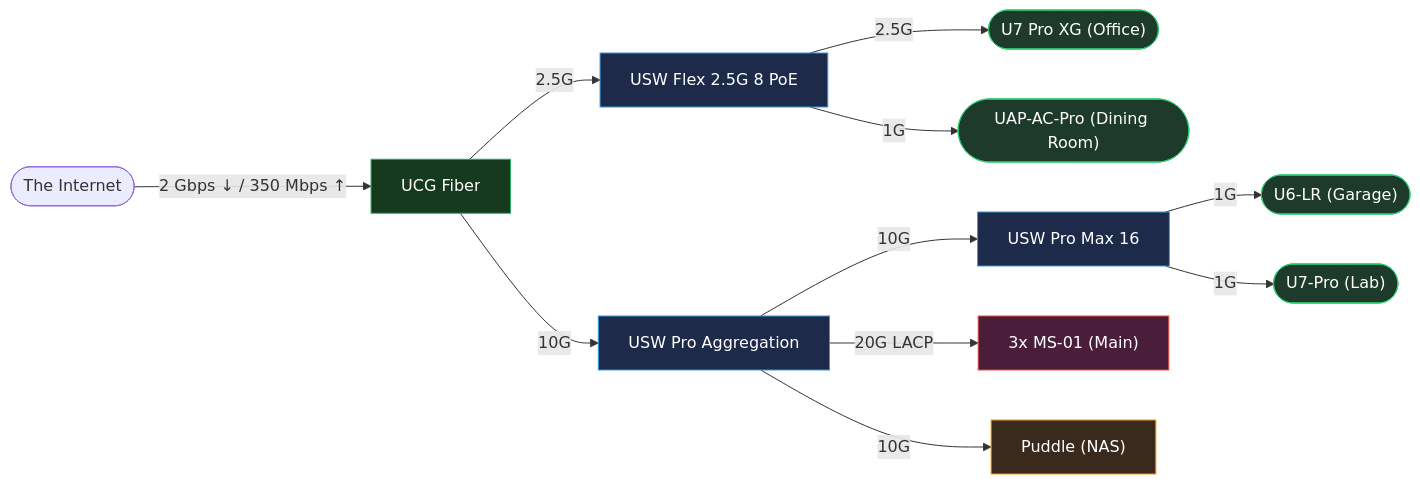
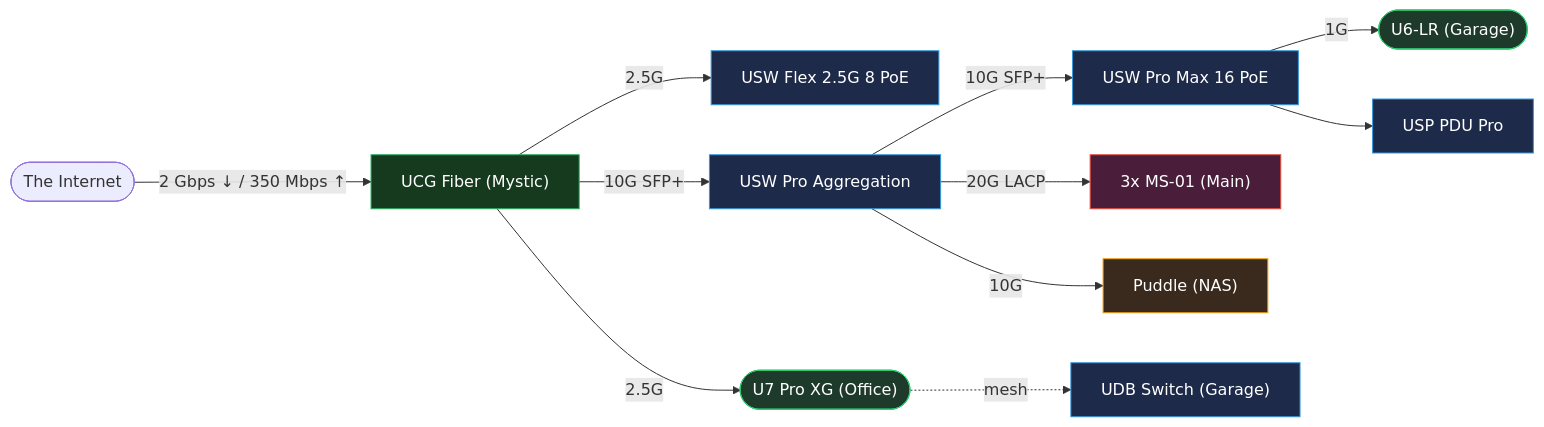
The diagram in README.md (waifulabs/infrastructure), drawn with Mermaid before and after one commit. The commit also changed other lines of this file, not shown here.

````diff
--- a/README.md
+++ b/README.md
@@ -82,24 +82,25 @@
 ```mermaid
 flowchart LR
     classDef gateway fill:#163a1e,stroke:#27ae60,color:#fff
     classDef switch fill:#1e2a4a,stroke:#3498db,color:#fff
     classDef compute fill:#4a1e3a,stroke:#e74c3c,color:#fff
     classDef storage fill:#3a2a1e,stroke:#f39c12,color:#fff
     classDef ap fill:#1e3a2a,stroke:#2ecc71,color:#fff
 
     Internet(["The Internet"])
 
-    Internet -- "2 Gbps ↓ / 350 Mbps ↑" --> UCG["UCG Fiber"]:::gateway
+    Internet -- "2 Gbps ↓ / 350 Mbps ↑" --> UCG["UCG Fiber (Mystic)"]:::gateway
+
     UCG -- 2.5G --> FLEX["USW Flex 2.5G 8 PoE"]:::switch
-    UCG -- 10G --> AGG["USW Pro Aggregation"]:::switch
+    UCG -- 2.5G --> U7XG(["U7 Pro XG (Office)"]):::ap
+    UCG -- 10G SFP+ --> AGG["USW Pro Aggregation"]:::switch
 
-    FLEX -- 2.5G --> U7XG(["U7 Pro XG (Office)"]):::ap
-    FLEX -- 1G --> UAPAC(["UAP-AC-Pro (Dining Room)"]):::ap
-
-    AGG -- 10G --> MAX["USW Pro Max 16"]:::switch
+    AGG -- 10G SFP+ --> MAX["USW Pro Max 16 PoE"]:::switch
     AGG -- 20G LACP --> MS01["3x MS-01 (Main)"]:::compute
     AGG -- 10G --> PUDDLE["Puddle (NAS)"]:::storage
 
     MAX -- 1G --> U6LR(["U6-LR (Garage)"]):::ap
-    MAX -- 1G --> U7PRO(["U7-Pro (Lab)"]):::ap
+    MAX --> PDU["USP PDU Pro"]:::switch
+
+    U7XG -. mesh .-> UDB["UDB Switch (Garage)"]:::switch
 ```
````
